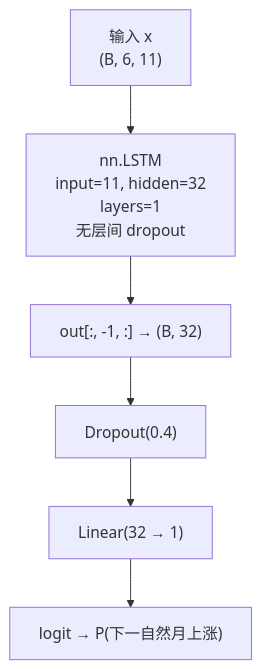
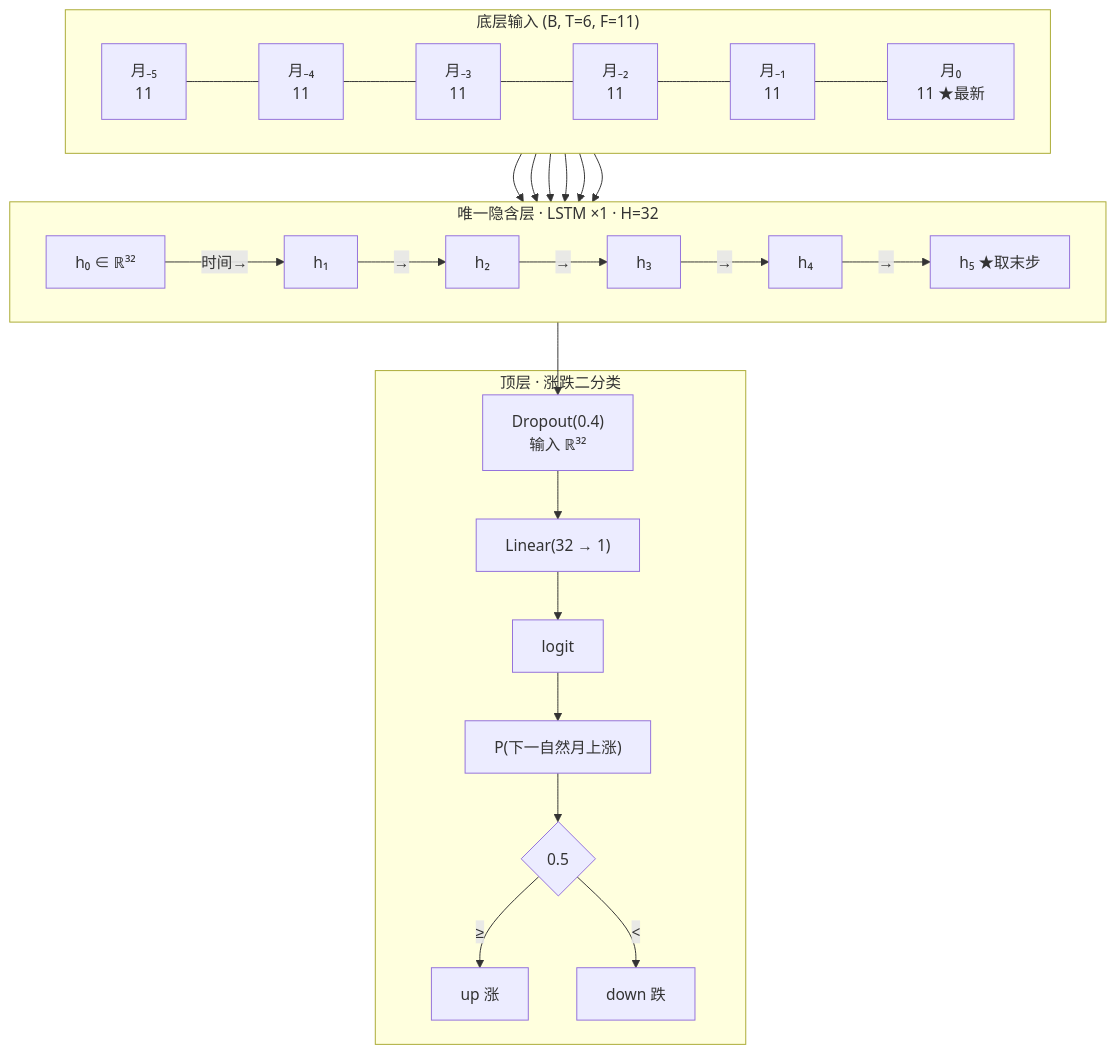
The ninth of 11 diagrams in docs/model-architecture.md (fanqingsong/stock_predictive), drawn with Mermaid before and after one commit. The commit also changed other lines of this file, not shown here.

First line of the commit message:
Expand model architecture docs with dual-flow LSTM topology diagrams.

````diff
--- a/docs/model-architecture.md
+++ b/docs/model-architecture.md
@@ -226,11 +421,29 @@
 ```mermaid
 flowchart TB
-  X["输入 x\n(B, 6, 11)"]
-  LSTM["nn.LSTM\ninput=11, hidden=32\nlayers=1\n无层间 dropout"]
-  LAST["out[:, -1, :] → (B, 32)"]
-  DO["Dropout(0.4)"]
-  FC["Linear(32 → 1)"]
-  OUT["logit → P(下一自然月上涨)"]
+  subgraph IN ["底层输入 (B, T=6, F=11)"]
+    direction LR
+    I0["月₋₅<br/>11"] --- I1["月₋₄<br/>11"] --- I2["月₋₃<br/>11"] --- I3["月₋₂<br/>11"] --- I4["月₋₁<br/>11"] --- I5["月₀<br/>11 ★最新"]
+  end
 
-  X --> LSTM --> LAST --> DO --> FC --> OUT
+  subgraph H1 ["唯一隐含层 · LSTM ×1 · H=32"]
+    direction LR
+    A0["h₀ ∈ ℝ³²"] -->|时间→| A1["h₁"] -->|→| A2["h₂"] -->|→| A3["h₃"] -->|→| A4["h₄"] -->|→| A5["h₅ ★取末步"]
+  end
+
+  subgraph CLS ["顶层 · 涨跌二分类"]
+    DO["Dropout(0.4)<br/>输入 ℝ³²"] --> FC["Linear(32 → 1)"]
+    FC --> LOG["logit"]
+    LOG --> SIG["P(下一自然月上涨)"]
+    SIG --> DEC{"0.5"}
+    DEC -->|≥| UP["up 涨"]
+    DEC -->|<| DN["down 跌"]
+  end
+
+  I0 --> A0
+  I1 --> A1
+  I2 --> A2
+  I3 --> A3
+  I4 --> A4
+  I5 --> A5
+  A5 --> DO
 ```
````
